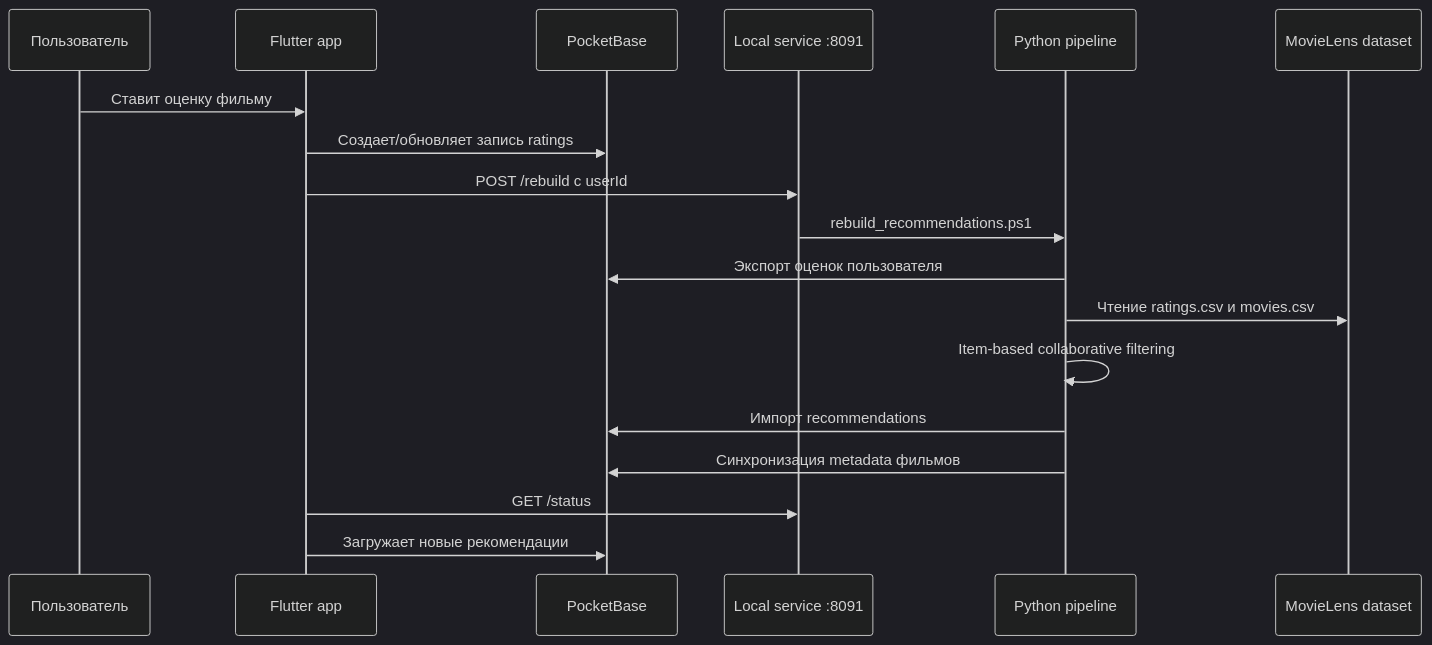
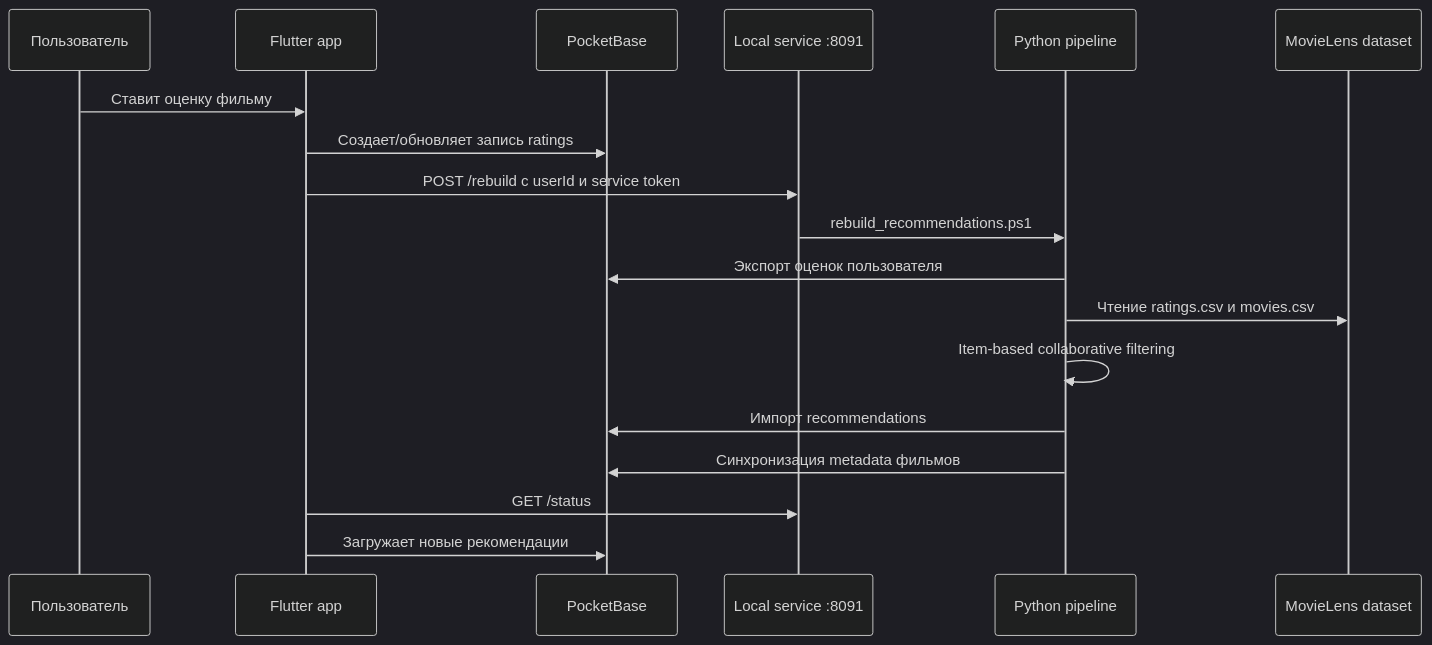
Before and after one commit to Rodjolo/social_media_app: the third of 7 diagrams in docs/architecture_schema.md, drawn with Mermaid (dark theme). The commit also changed other lines of this file and 5 other files, not shown here.

````diff
--- a/docs/architecture_schema.md
+++ b/docs/architecture_schema.md
@@ -80,21 +80,21 @@
 ```mermaid
 sequenceDiagram
     participant User as Пользователь
     participant App as Flutter app
     participant PB as PocketBase
     participant Service as Local service :8091
     participant Pipeline as Python pipeline
     participant ML as MovieLens dataset
 
     User->>App: Ставит оценку фильму
     App->>PB: Создает/обновляет запись ratings
-    App->>Service: POST /rebuild с userId
+    App->>Service: POST /rebuild с userId и service token
     Service->>Pipeline: rebuild_recommendations.ps1
     Pipeline->>PB: Экспорт оценок пользователя
     Pipeline->>ML: Чтение ratings.csv и movies.csv
     Pipeline->>Pipeline: Item-based collaborative filtering
     Pipeline->>PB: Импорт recommendations
     Pipeline->>PB: Синхронизация metadata фильмов
     App->>Service: GET /status
     App->>PB: Загружает новые рекомендации
 ```
````
